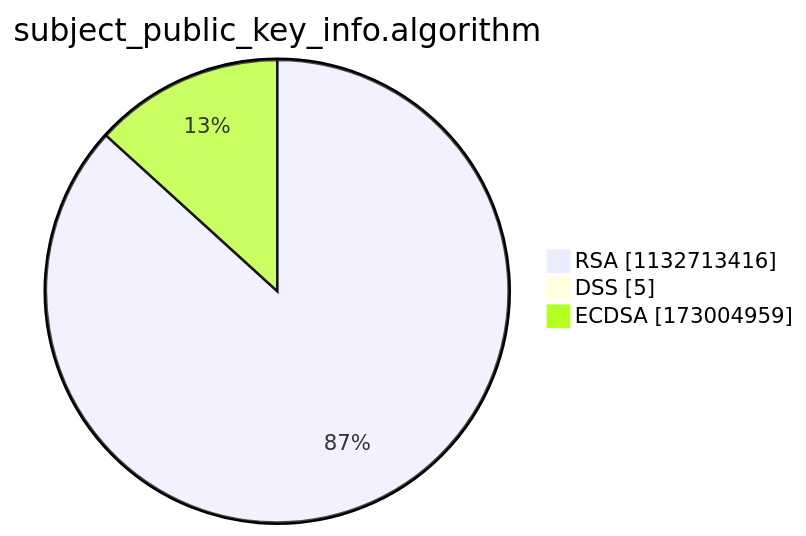
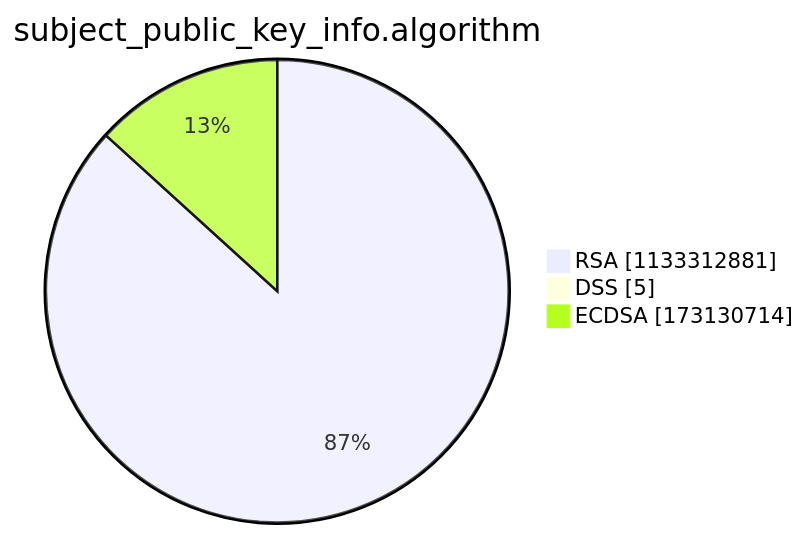
The third of 15 diagrams in argon2022/README.md (christiankrug/ctmonitor_visualization), drawn with Mermaid before and after one commit. The commit also changed other lines of this file, not shown here.

````diff
--- a/argon2022/README.md
+++ b/argon2022/README.md
@@ -14,7 +14,7 @@
 ```mermaid
 pie showData
 title subject_public_key_info.algorithm
-"RSA" :1132713416
+"RSA" :1133312881
 "DSS" :5
-"ECDSA" :173004959
+"ECDSA" :173130714
 ```
````
